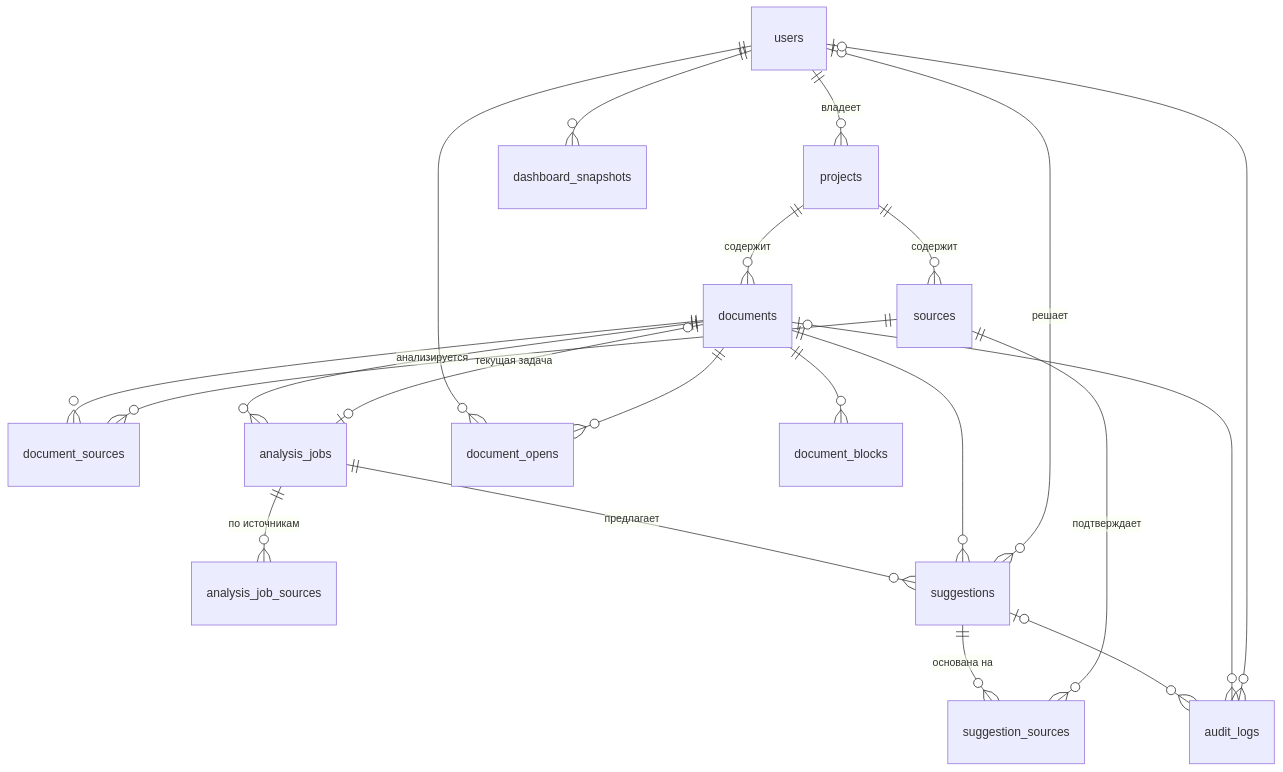
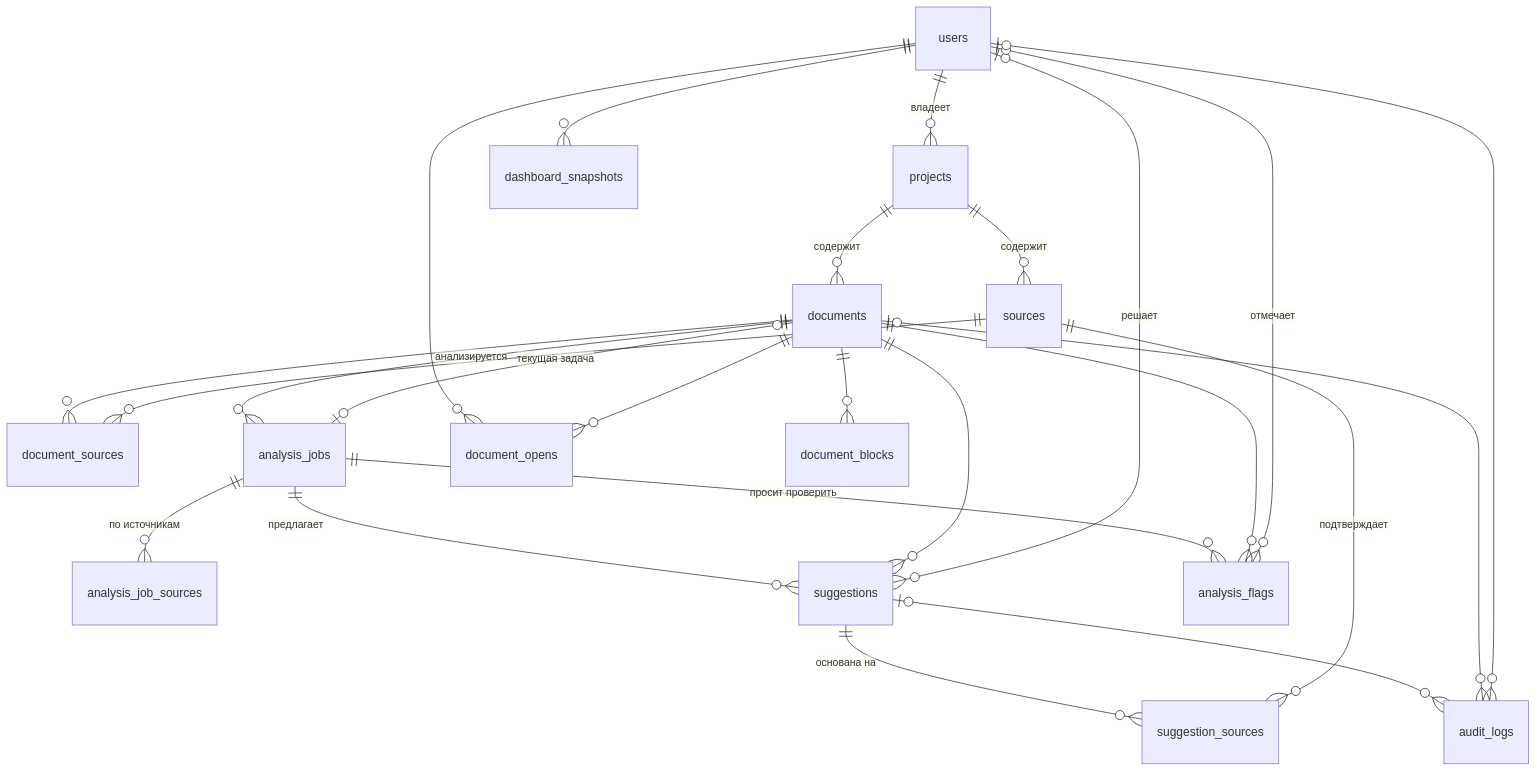
One commit to SyncScribeAI/SyncBack changed the diagram in docs/db/SCHEMA.md. Above: the diagram before and after it, drawn with Mermaid. The commit also changed other lines of this file and 34 other files, not shown here.

````diff
--- a/docs/db/SCHEMA.md
+++ b/docs/db/SCHEMA.md
@@ -9,23 +9,26 @@
 ```mermaid
 erDiagram
     users ||--o{ projects : "владеет"
     projects ||--o{ documents : "содержит"
     projects ||--o{ sources : "содержит"
     documents ||--o{ document_sources : ""
     sources ||--o{ document_sources : ""
     documents ||--o{ analysis_jobs : "анализируется"
     documents |o--o| analysis_jobs : "текущая задача"
     analysis_jobs ||--o{ analysis_job_sources : "по источникам"
     analysis_jobs ||--o{ suggestions : "предлагает"
     documents ||--o{ suggestions : ""
     suggestions ||--o{ suggestion_sources : "основана на"
     sources ||--o{ suggestion_sources : "подтверждает"
     users |o--o{ suggestions : "решает"
+    analysis_jobs ||--o{ analysis_flags : "просит проверить"
+    documents ||--o{ analysis_flags : ""
+    users |o--o{ analysis_flags : "отмечает"
     suggestions |o--o{ audit_logs : ""
     documents |o--o{ audit_logs : ""
     users |o--o{ audit_logs : ""
     users ||--o{ document_opens : ""
     documents ||--o{ document_opens : ""
     users ||--o{ dashboard_snapshots : ""
     documents ||--o{ document_blocks : ""
 ```
````
